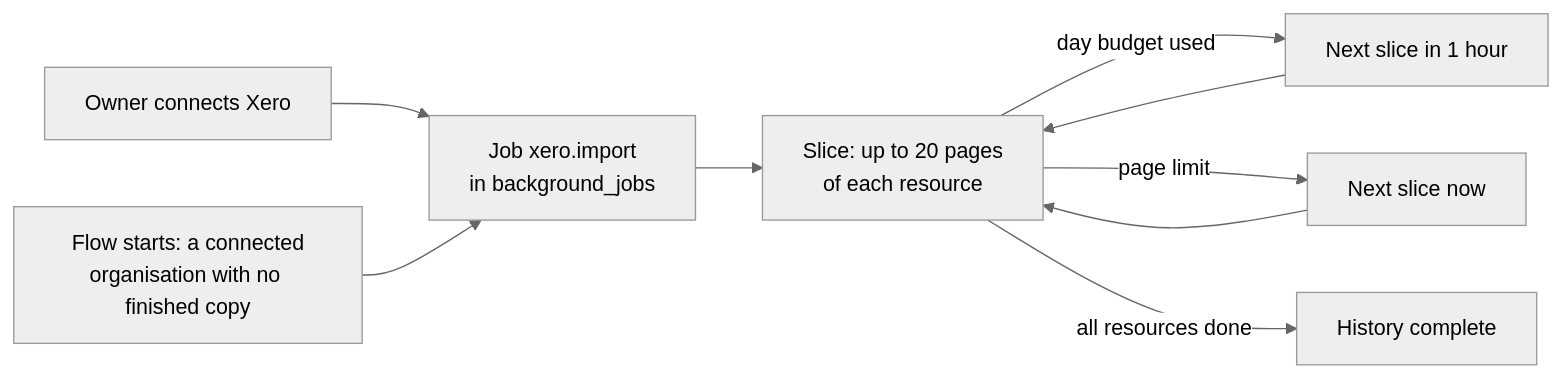
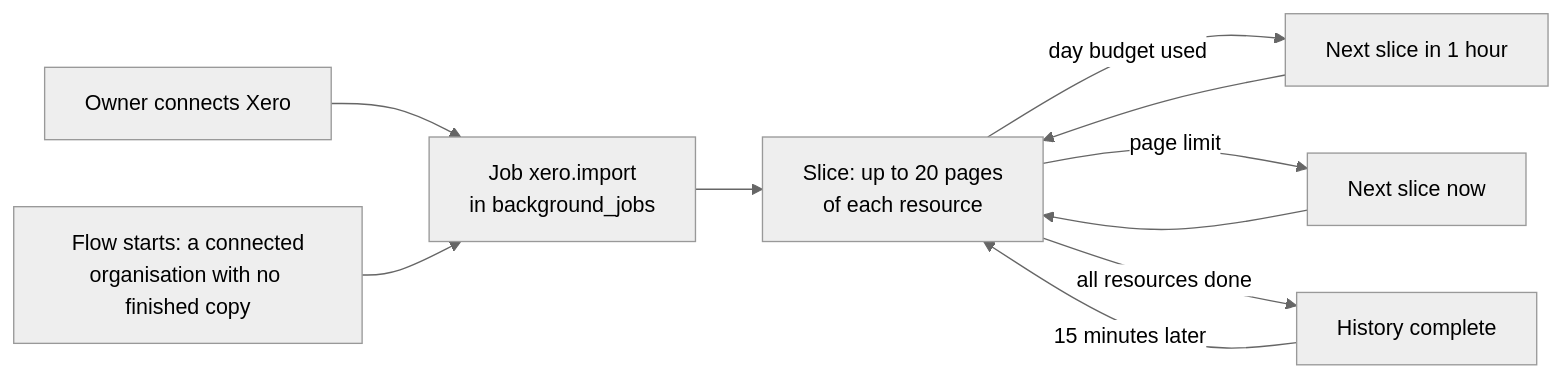
One commit to arcforgelabs/flow changed the second of 3 diagrams in docs/XERO.md. Above: the diagram before and after it, drawn with Mermaid (neutral theme). The commit also changed other lines of this file and 8 other files, not shown here.

````diff
--- a/docs/XERO.md
+++ b/docs/XERO.md
@@ -262,11 +262,12 @@
 ```mermaid
 flowchart LR
   connect[Owner connects Xero] --> job[Job xero.import<br/>in background_jobs]
   boot[Flow starts: a connected<br/>organisation with no finished copy] --> job
   job --> slice[Slice: up to 20 pages<br/>of each resource]
   slice -- day budget used --> later[Next slice in 1 hour]
   slice -- page limit --> next[Next slice now]
   later --> slice
   next --> slice
   slice -- all resources done --> done[History complete]
+  done -- 15 minutes later --> slice
 ```
````
